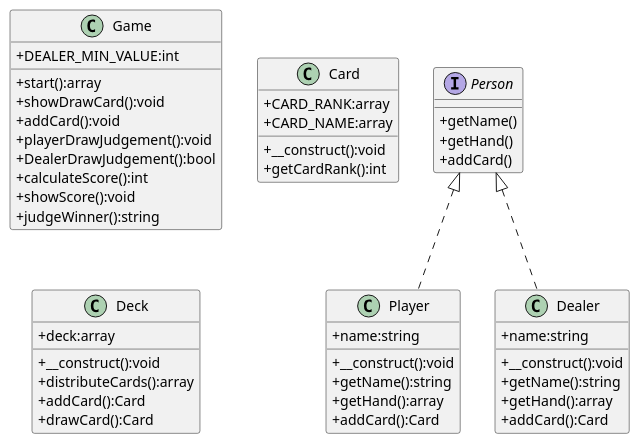
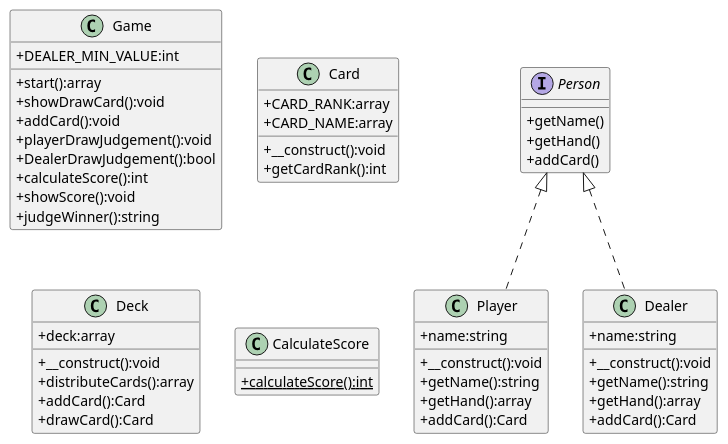
Before and after one commit to tneofull/BlackJack: the diagram in class.pu, drawn with PlantUML. The commit also changed 5 other files, not shown here.

```diff
--- a/class.pu
+++ b/class.pu
@@ -1,60 +1,63 @@
 @startuml
 skinparam classAttributeIconSize 0
 
 class Game {
   +DEALER_MIN_VALUE:int
-  ' +__construct():void
   +start():array
   +showDrawCard():void
   +addCard():void
   +playerDrawJudgement():void
   +DealerDrawJudgement():bool
   +calculateScore():int
   +showScore():void
   +judgeWinner():string
 }
 
 interface Person {
   +getName()
   +getHand()
   +addCard()
 }
 
 class Player implements Person {
   +name:string
   +__construct():void
   +getName():string
   +getHand():array
   +addCard():Card
 }
 
 class Dealer implements Person {
   +name:string
   +__construct():void
   +getName():string
   +getHand():array
   +addCard():Card
 }
 
 class Card {
   +CARD_RANK:array
   +CARD_NAME:array
   ' -suit:string
   ' -num:string
   +__construct():void
   +getCardRank():int
   ' +getSuit():string
   ' +getNum():mixed
   ' +getCardName():string
 }
 
 class Deck {
   +deck:array
   +__construct():void
   +distributeCards():array
   +addCard():Card
   +drawCard():Card
 }
 
+class CalculateScore {
+  {static}+calculateScore():int
+}
+
 
 @enduml
```
